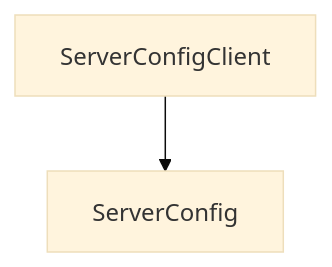
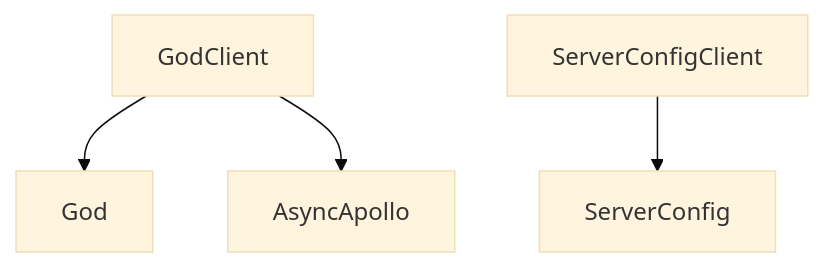
The diagram in Packages/DependencyPackage/README.md (0x1-company/god-ios), drawn with Mermaid (base theme) before and after one commit.

Commit message:
Run dgraph

````diff
--- a/Packages/DependencyPackage/README.md
+++ b/Packages/DependencyPackage/README.md
@@ -6,4 +6,6 @@
 ```mermaid
 graph TD;
+    GodClient-->God;
+    GodClient-->AsyncApollo;
     ServerConfigClient-->ServerConfig;
 ```
````
